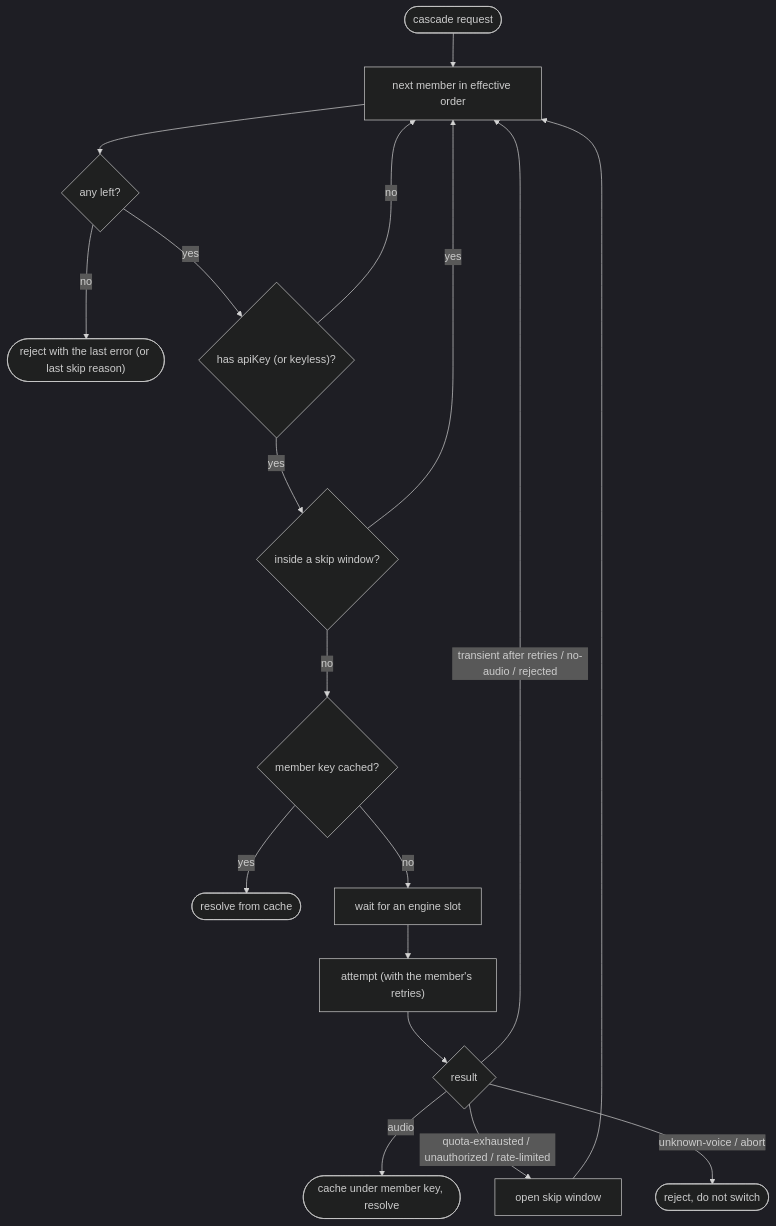
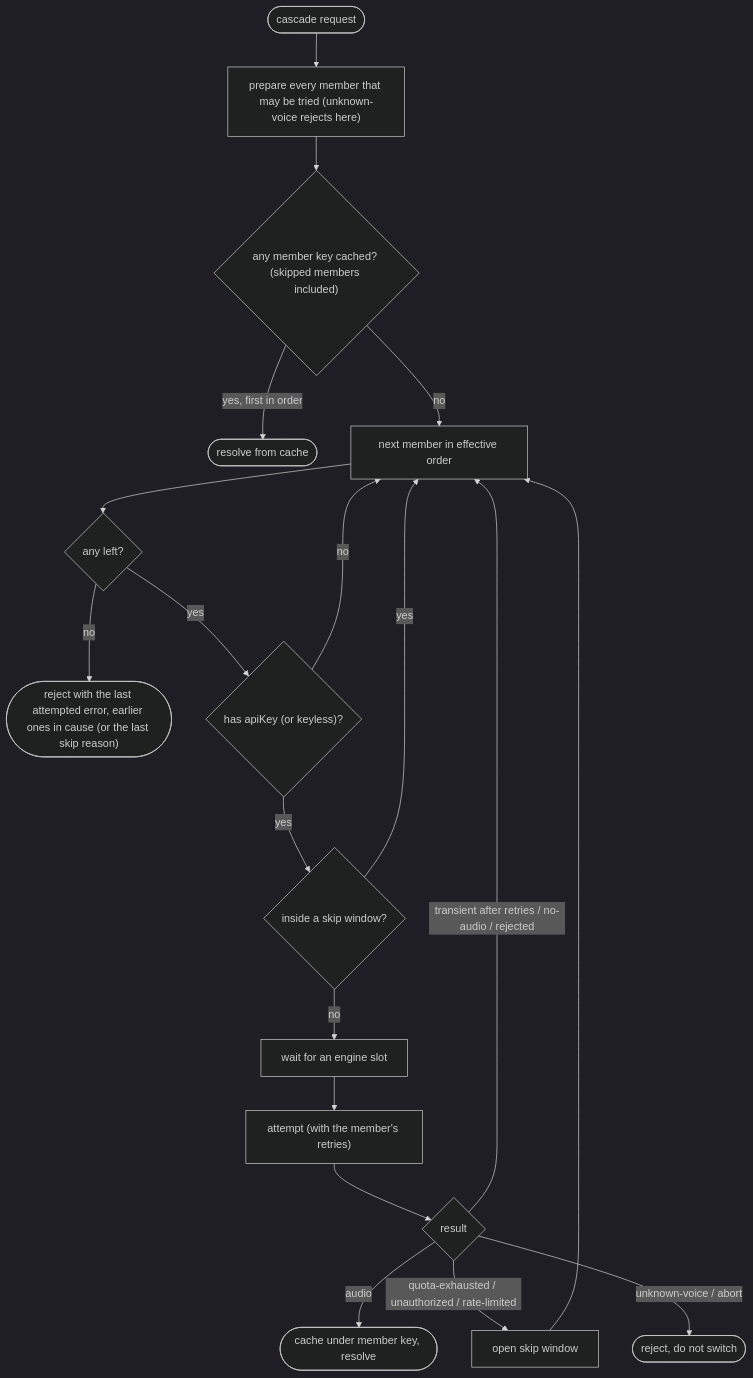
One commit to gmotyl/anytts changed the second of 2 diagrams in openspec/changes/2026-10-28-cascade-engine/design.md. Above: the diagram before and after it, drawn with Mermaid (dark theme). The commit also changed other lines of this file and 3 other files, not shown here.

Commit message:
docs: keyed engines and cascade; release prep

````diff
--- a/openspec/changes/2026-10-28-cascade-engine/design.md
+++ b/openspec/changes/2026-10-28-cascade-engine/design.md
@@ -103,19 +103,20 @@
 ```mermaid
 flowchart TD
-  start(["cascade request"]) --> pick["next member in effective order"]
+  start(["cascade request"]) --> prep["prepare every member that may be tried (unknown-voice rejects here)"]
+  prep --> cached{"any member key cached? (skipped members included)"}
+  cached -->|"yes, first in order"| done(["resolve from cache"])
+  cached -->|"no"| pick["next member in effective order"]
   pick --> none{"any left?"}
-  none -->|"no"| fail(["reject with the last error (or last skip reason)"])
+  none -->|"no"| fail(["reject with the last attempted error, earlier ones in cause (or the last skip reason)"])
   none -->|"yes"| key{"has apiKey (or keyless)?"}
   key -->|"no"| pick
   key -->|"yes"| win{"inside a skip window?"}
   win -->|"yes"| pick
-  win -->|"no"| cached{"member key cached?"}
-  cached -->|"yes"| done(["resolve from cache"])
-  cached -->|"no"| slot["wait for an engine slot"]
+  win -->|"no"| slot["wait for an engine slot"]
   slot --> attempt["attempt (with the member's retries)"]
   attempt --> ok{"result"}
   ok -->|"audio"| store(["cache under member key, resolve"])
   ok -->|"quota-exhausted / unauthorized / rate-limited"| mark["open skip window"] --> pick
   ok -->|"transient after retries / no-audio / rejected"| pick
   ok -->|"unknown-voice / abort"| stop(["reject, do not switch"])
 ```
````
